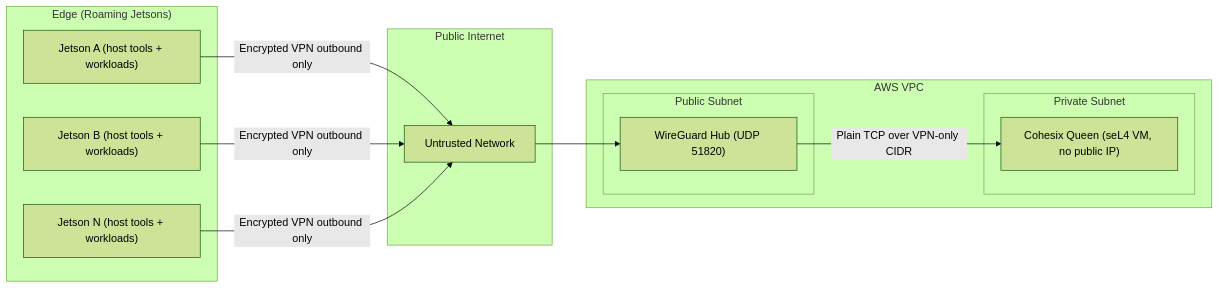
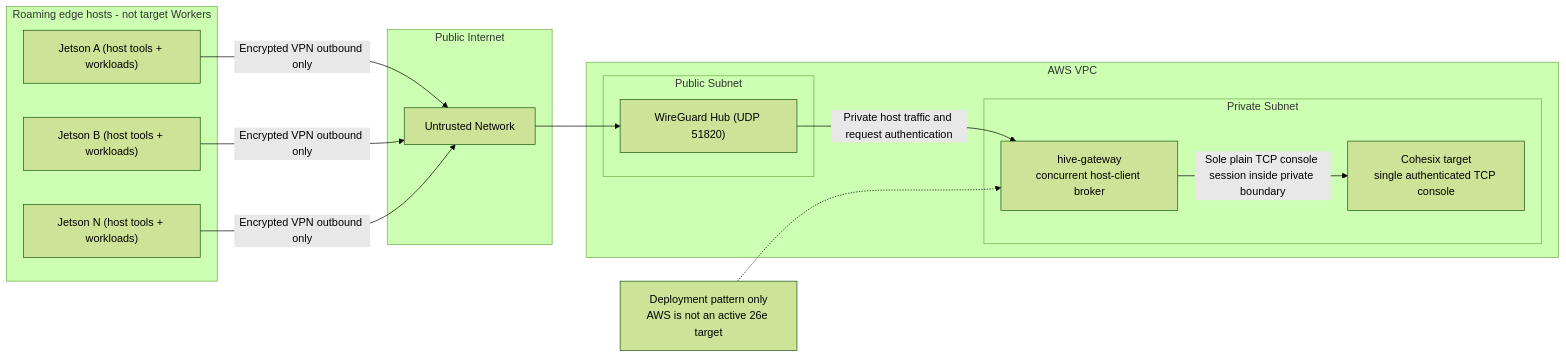
The diagram in docs/NETWORK_CONFIG.md (lukeb-aidev/cohesix), drawn with Mermaid (forest theme) before and after one commit. The commit also changed other lines of this file and 7 other files, not shown here.

Commit message:
docs: align Mermaid diagrams with M26e

````diff
--- a/docs/NETWORK_CONFIG.md
+++ b/docs/NETWORK_CONFIG.md
@@ -105,42 +131,46 @@
 ```mermaid
 flowchart LR
   %% ========================
   %% Edge Devices
   %% ========================
-  subgraph EDGE["Edge (Roaming Jetsons)"]
+  subgraph EDGE["Roaming edge hosts - not target Workers"]
     J1["Jetson A (host tools + workloads)"]
     J2["Jetson B (host tools + workloads)"]
     JN["Jetson N (host tools + workloads)"]
   end
 
   %% ========================
   %% Internet
   %% ========================
   subgraph NET["Public Internet"]
     I["Untrusted Network"]
   end
 
   %% ========================
   %% AWS
   %% ========================
   subgraph AWS["AWS VPC"]
     subgraph PUB["Public Subnet"]
       WG["WireGuard Hub (UDP 51820)"]
     end
 
     subgraph PRIV["Private Subnet"]
-      Q["Cohesix Queen (seL4 VM, no public IP)"]
+      Gateway["hive-gateway\nconcurrent host-client broker"]
+      Target["Cohesix target\nsingle authenticated TCP console"]
     end
   end
+
+  Scope["Deployment pattern only\nAWS is not an active 26e target"]
 
   %% ========================
   %% Connectivity
   %% ========================
   J1 -->|Encrypted VPN outbound only| I
   J2 -->|Encrypted VPN outbound only| I
   JN -->|Encrypted VPN outbound only| I
 
   I --> WG
-
-  WG -->|Plain TCP over VPN-only CIDR| Q
+  WG -->|Private host traffic and request authentication| Gateway
+  Gateway -->|Sole plain TCP console session inside private boundary| Target
+  Scope -.-> Gateway
 ```
````
